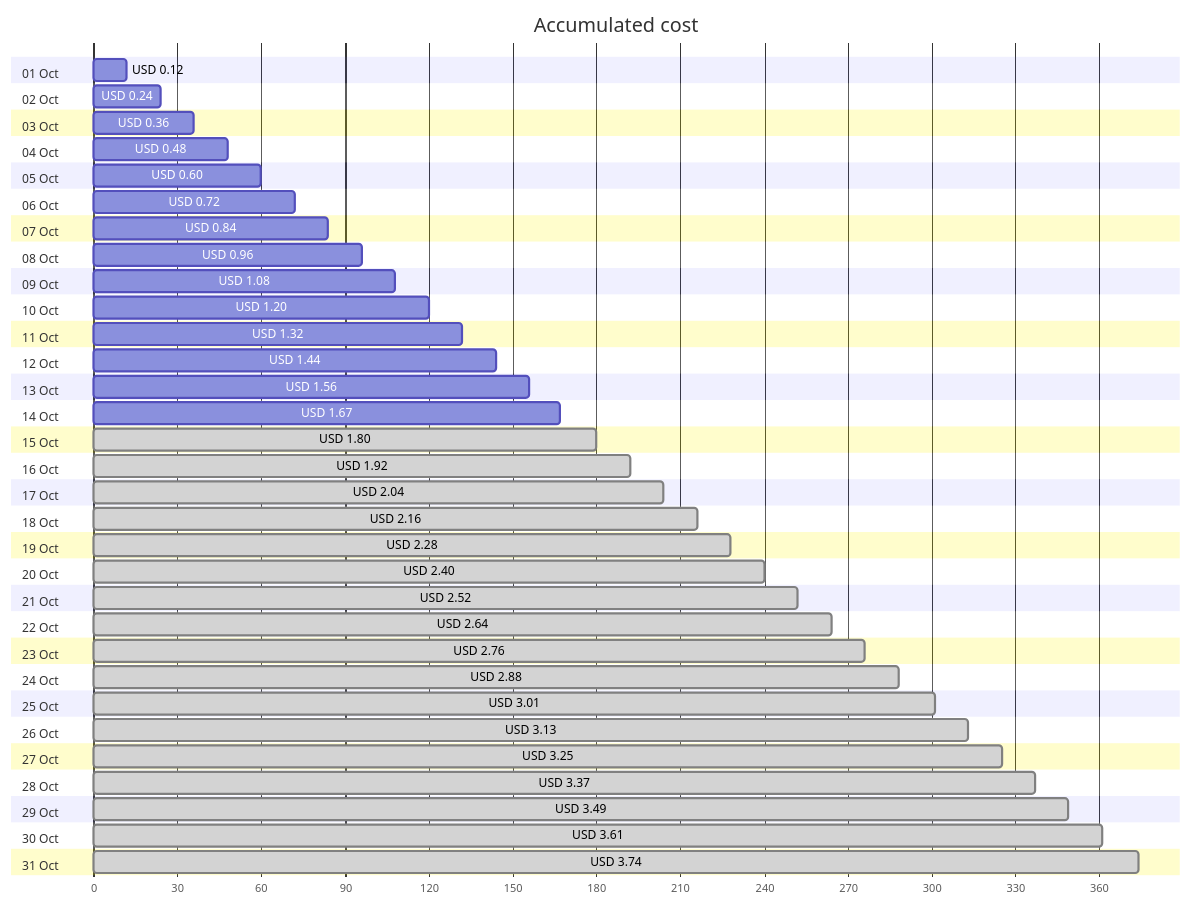
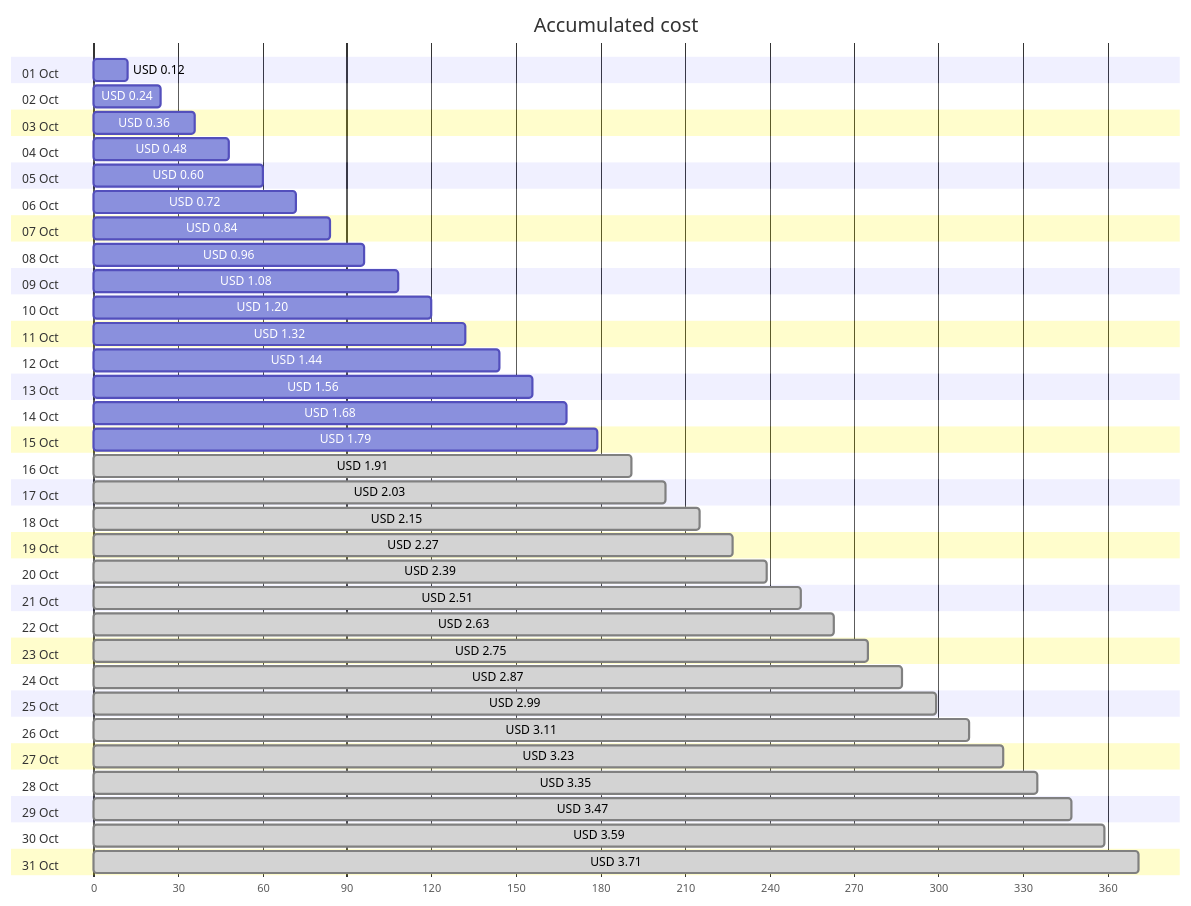
Before and after one commit to jpfulton/azure-personal-reports: the first of 4 diagrams in cost-reports/personal-network/vpn-server-public-ip.md, drawn with Mermaid. The commit also changed other lines of this file and 8 other files, not shown here.

````diff
--- a/cost-reports/personal-network/vpn-server-public-ip.md
+++ b/cost-reports/personal-network/vpn-server-public-ip.md
@@ -20,68 +20,68 @@
 ```mermaid
 gantt
    title Accumulated cost
    dateFormat  X
    axisFormat %s
    section 01 Oct
    USD 0.12 :0, 12
    section 02 Oct
    USD 0.24 :0, 24
    section 03 Oct
    USD 0.36 :0, 36
    section 04 Oct
    USD 0.48 :0, 48
    section 05 Oct
    USD 0.60 :0, 60
    section 06 Oct
    USD 0.72 :0, 72
    section 07 Oct
    USD 0.84 :0, 84
    section 08 Oct
    USD 0.96 :0, 96
    section 09 Oct
    USD 1.08 :0, 108
    section 10 Oct
    USD 1.20 :0, 120
    section 11 Oct
    USD 1.32 :0, 132
    section 12 Oct
    USD 1.44 :0, 144
    section 13 Oct
    USD 1.56 :0, 156
    section 14 Oct
-   USD 1.67 :0, 167
+   USD 1.68 :0, 168
    section 15 Oct
-   USD 1.80 : done, 0, 180
+   USD 1.79 :0, 179
    section 16 Oct
-   USD 1.92 : done, 0, 192
+   USD 1.91 : done, 0, 191
    section 17 Oct
-   USD 2.04 : done, 0, 204
+   USD 2.03 : done, 0, 203
    section 18 Oct
-   USD 2.16 : done, 0, 216
+   USD 2.15 : done, 0, 215
    section 19 Oct
-   USD 2.28 : done, 0, 228
+   USD 2.27 : done, 0, 227
    section 20 Oct
-   USD 2.40 : done, 0, 240
+   USD 2.39 : done, 0, 239
    section 21 Oct
-   USD 2.52 : done, 0, 252
+   USD 2.51 : done, 0, 251
    section 22 Oct
-   USD 2.64 : done, 0, 264
+   USD 2.63 : done, 0, 263
    section 23 Oct
-   USD 2.76 : done, 0, 276
+   USD 2.75 : done, 0, 275
    section 24 Oct
-   USD 2.88 : done, 0, 288
+   USD 2.87 : done, 0, 287
    section 25 Oct
-   USD 3.01 : done, 0, 301
+   USD 2.99 : done, 0, 299
    section 26 Oct
-   USD 3.13 : done, 0, 313
+   USD 3.11 : done, 0, 311
    section 27 Oct
-   USD 3.25 : done, 0, 325
+   USD 3.23 : done, 0, 323
    section 28 Oct
-   USD 3.37 : done, 0, 337
+   USD 3.35 : done, 0, 335
    section 29 Oct
-   USD 3.49 : done, 0, 349
+   USD 3.47 : done, 0, 347
    section 30 Oct
-   USD 3.61 : done, 0, 361
+   USD 3.59 : done, 0, 359
    section 31 Oct
-   USD 3.74 : done, 0, 374
+   USD 3.71 : done, 0, 371
 ```
````
